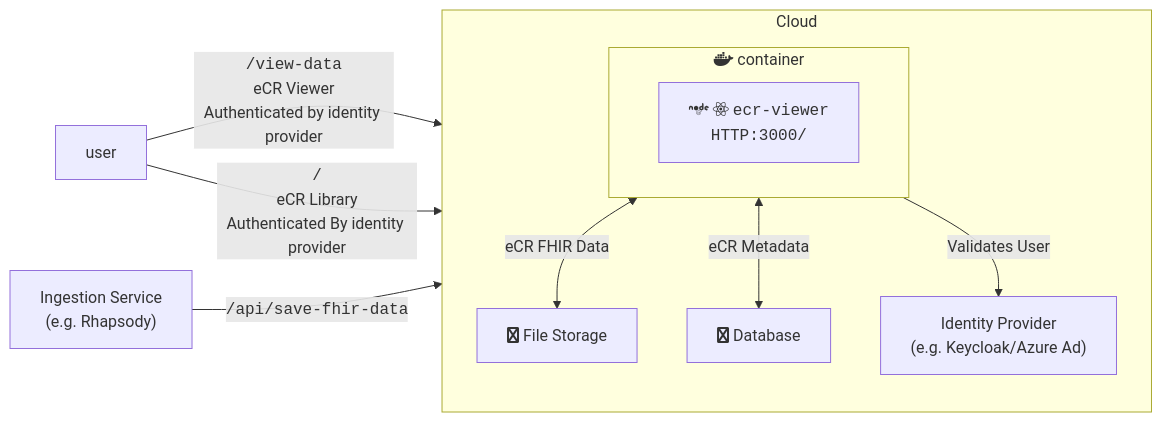
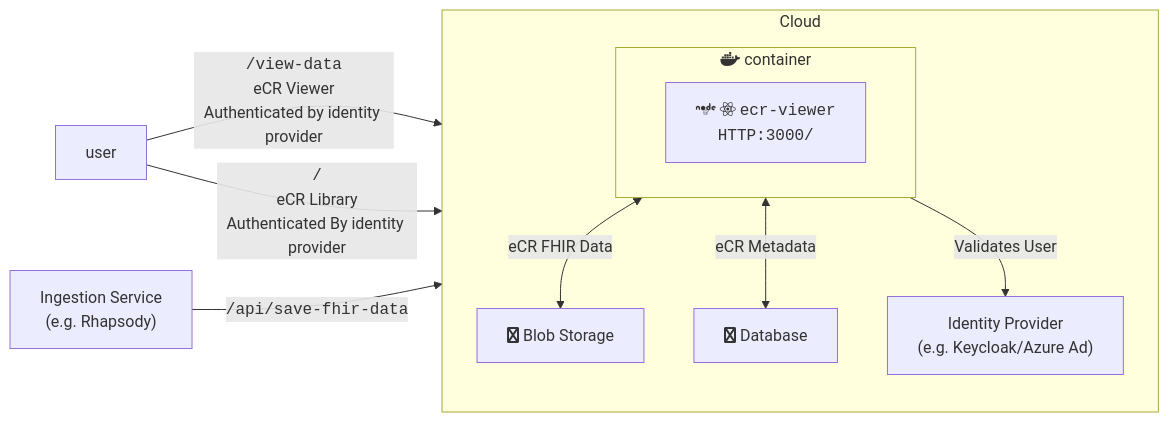
One commit to CDCgov/dibbs-ecr-viewer changed the second of 3 diagrams in containers/ecr-viewer/guide.md. Above: the diagram before and after it, drawn with Mermaid. The commit also changed other lines of this file and 1 other file, not shown here.

Commit message:
docs: rename file storage to blob storage

````diff
--- a/containers/ecr-viewer/guide.md
+++ b/containers/ecr-viewer/guide.md
@@ -41,20 +41,20 @@
 ```mermaid
 flowchart LR
   user
   ingestion["Ingestion Service<br>(e.g. Rhapsody)"]
   subgraph service[Cloud]
     direction TB
     subgraph container["fab:fa-docker container"]
       viewer["fab:fa-node fab:fa-react <code>ecr-viewer<br>HTTP:3000/</code>"]
     end
-    fileStorage["fab:fa-file File Storage"]
+    blobStorage["fab:fa-file Blob Storage"]
     metadata["fab:fa-database Database"]
     identityProvider["Identity Provider<br>(e.g. Keycloak/Azure Ad)"]
-	container <--> |eCR FHIR Data| fileStorage
+	container <--> |eCR FHIR Data| blobStorage
 	container <--> |eCR Metadata| metadata
     container -->|Validates User| identityProvider
   end
   user -->|<code>/view-data</code><br>eCR Viewer<br>Authenticated by identity provider| container
   user -->|<code>/</code><br>eCR Library<br>Authenticated By identity provider| container
   ingestion -->|<code>/api/save-fhir-data</code>| container
 ```
````
